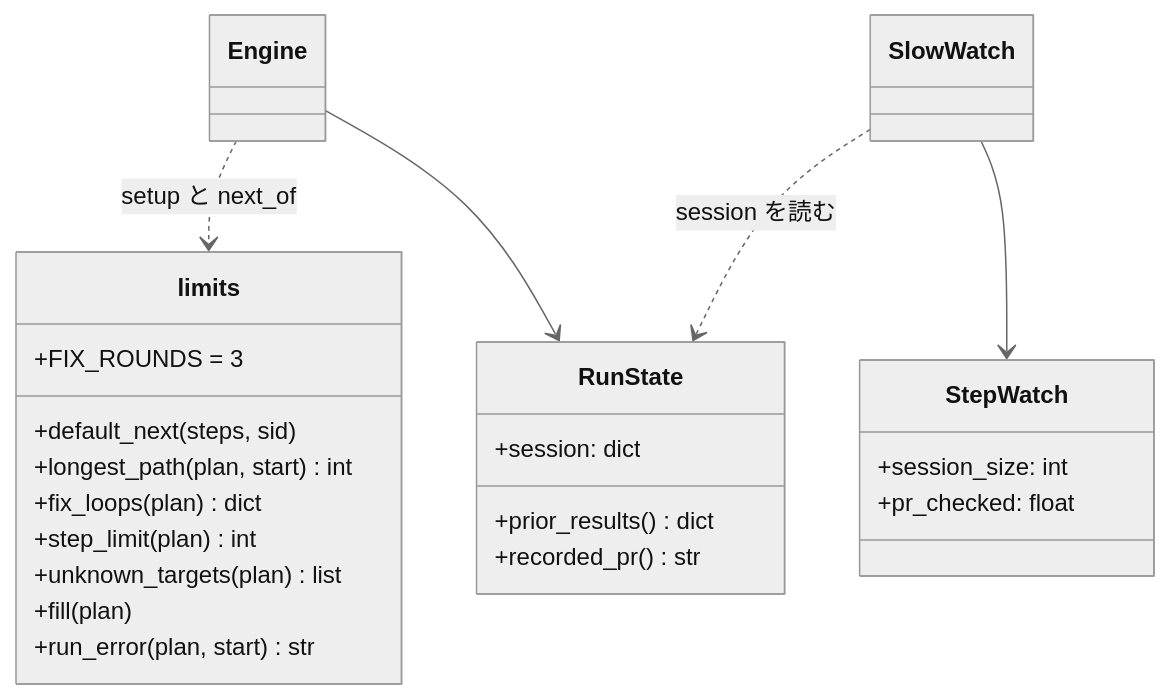
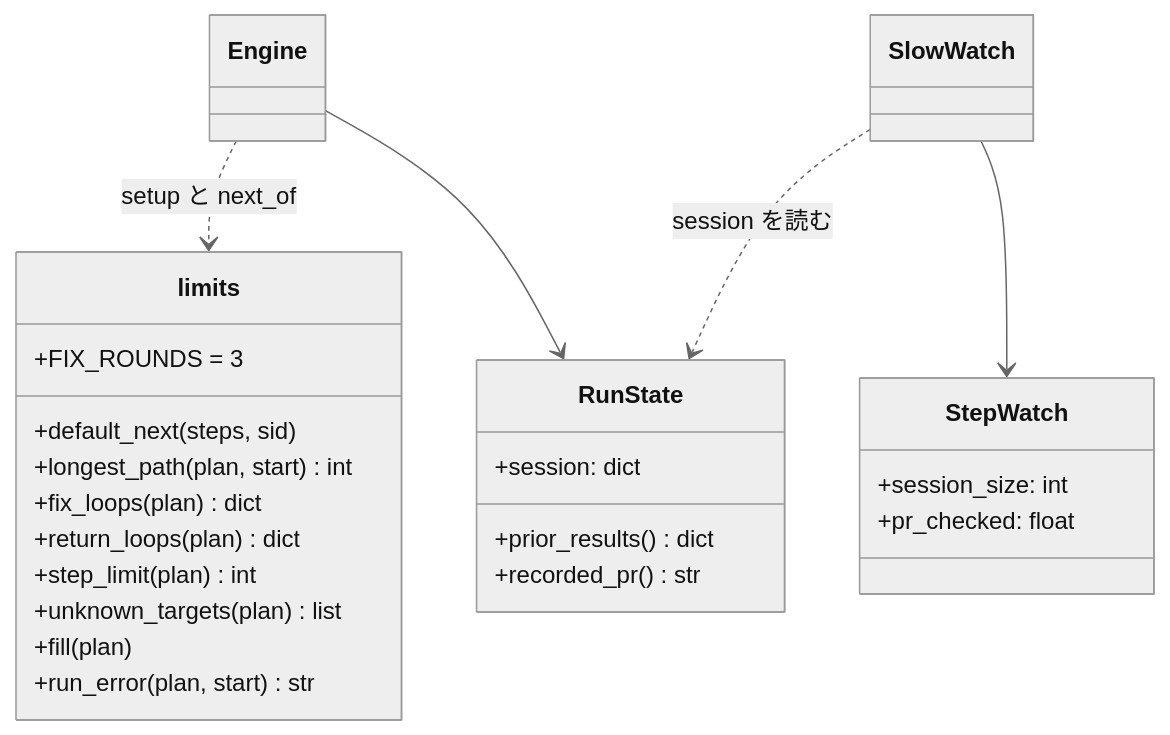
Before and after one commit to devbasex/ai-plugins: the third of 6 diagrams in issues/issue-1909-design.md, drawn with Mermaid (neutral theme). The commit also changed other lines of this file and 3 other files, not shown here.

Commit message:
Docs: #1909 の上限の計算に戻りの輪を足し、plan.py で触る関数とシステム構成図・モジュール構成を書く

````diff
--- a/issues/issue-1909-design.md
+++ b/issues/issue-1909-design.md
@@ -141,26 +172,27 @@
 ```mermaid
 classDiagram
     class limits {
         +FIX_ROUNDS = 3
         +default_next(steps, sid)
         +longest_path(plan, start) int
         +fix_loops(plan) dict
+        +return_loops(plan) dict
         +step_limit(plan) int
         +unknown_targets(plan) list
         +fill(plan)
         +run_error(plan, start) str
     }
     class RunState {
         +session: dict
         +prior_results() dict
         +recorded_pr() str
     }
     class StepWatch {
         +session_size: int
         +pr_checked: float
     }
     Engine ..> limits: setup と next_of
     Engine --> RunState
     SlowWatch --> StepWatch
     SlowWatch ..> RunState: session を読む
 ```
````
